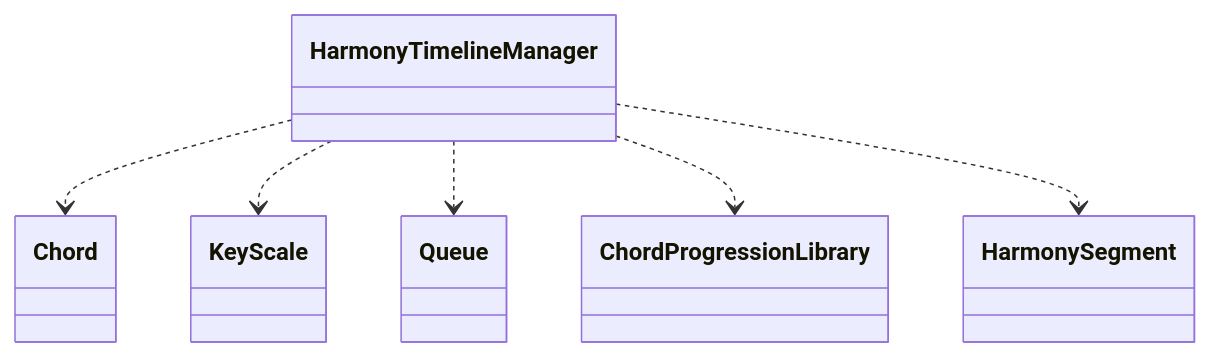
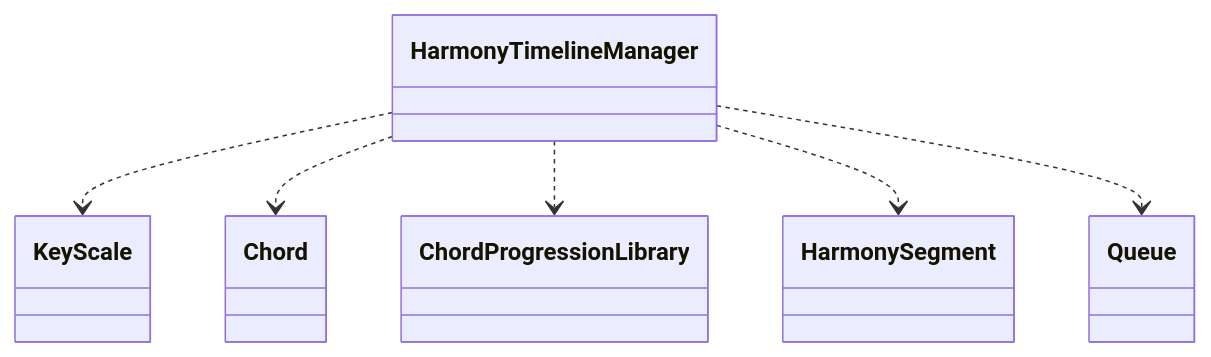
One commit to schnock-art/project_inspector changed the seventh of 31 diagrams in test/test.md. Above: the diagram before and after it, drawn with Mermaid. The commit also changed other lines of this file and 1 other file, not shown here.

````diff
--- a/test/test.md
+++ b/test/test.md
@@ -248,8 +264,8 @@
 ```mermaid
 classDiagram
+HarmonyTimelineManager ..> KeyScale
 HarmonyTimelineManager ..> Chord
-HarmonyTimelineManager ..> KeyScale
-HarmonyTimelineManager ..> Queue
 HarmonyTimelineManager ..> ChordProgressionLibrary
 HarmonyTimelineManager ..> HarmonySegment
+HarmonyTimelineManager ..> Queue
 ```
````
